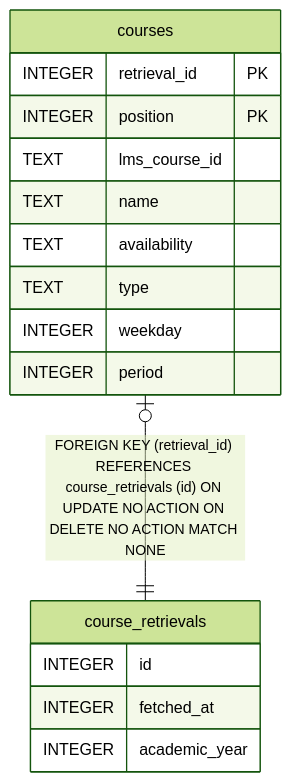
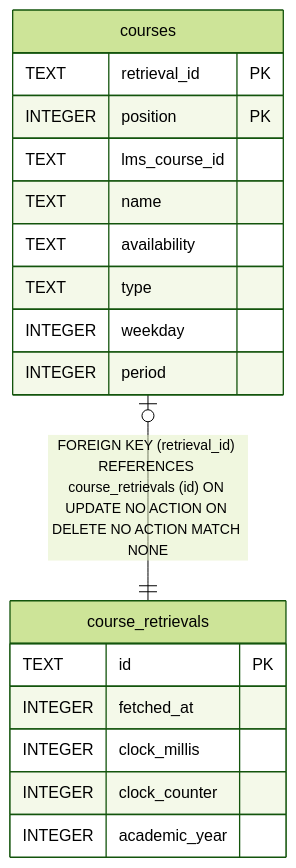
The diagram in docs/db/courses.md (futsuuu/ku-potato), drawn with Mermaid (forest theme) before and after one commit. The commit also changed other lines of this file and 50 other files, not shown here.

````diff
--- a/docs/db/courses.md
+++ b/docs/db/courses.md
@@ -66,21 +66,23 @@
 ```mermaid
 erDiagram
 
 "courses" |o--|| "course_retrievals" : "FOREIGN KEY (retrieval_id) REFERENCES course_retrievals (id) ON UPDATE NO ACTION ON DELETE NO ACTION MATCH NONE"
 
 "courses" {
-  INTEGER retrieval_id PK
+  TEXT retrieval_id PK
   INTEGER position PK
   TEXT lms_course_id
   TEXT name
   TEXT availability
   TEXT type
   INTEGER weekday
   INTEGER period
 }
 "course_retrievals" {
-  INTEGER id
+  TEXT id PK
   INTEGER fetched_at
+  INTEGER clock_millis
+  INTEGER clock_counter
   INTEGER academic_year
 }
 ```
````
